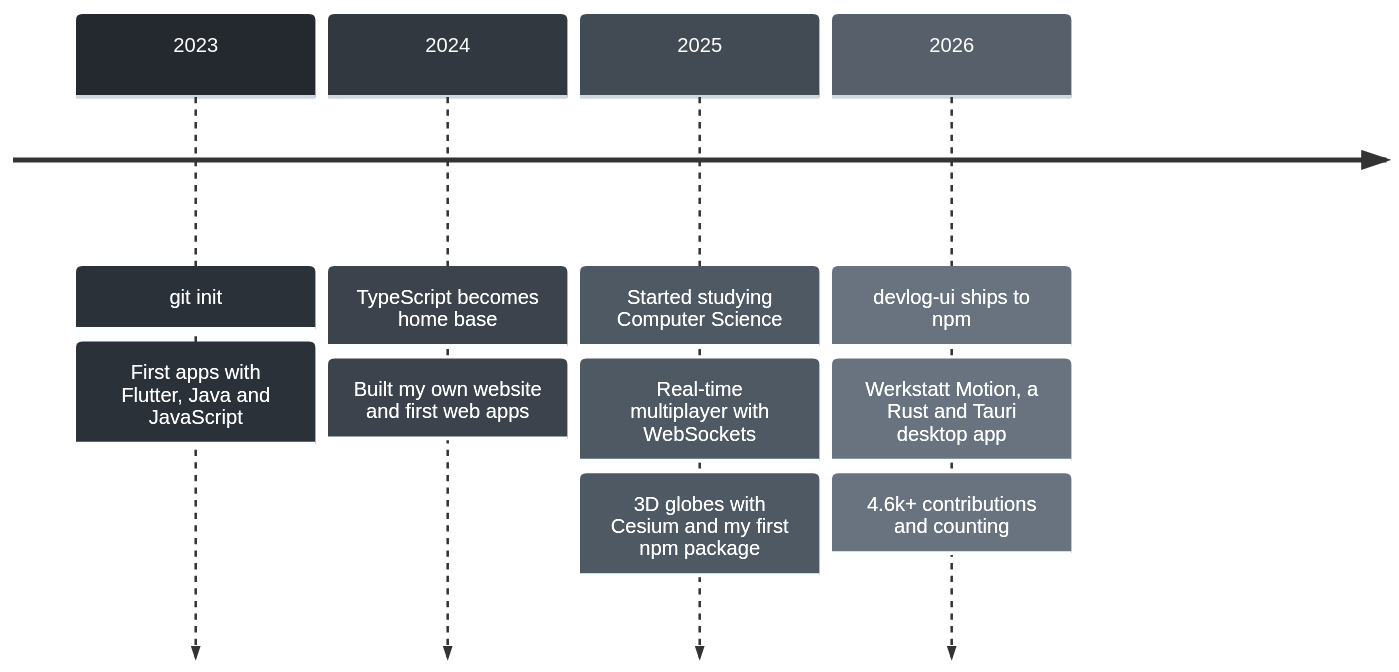
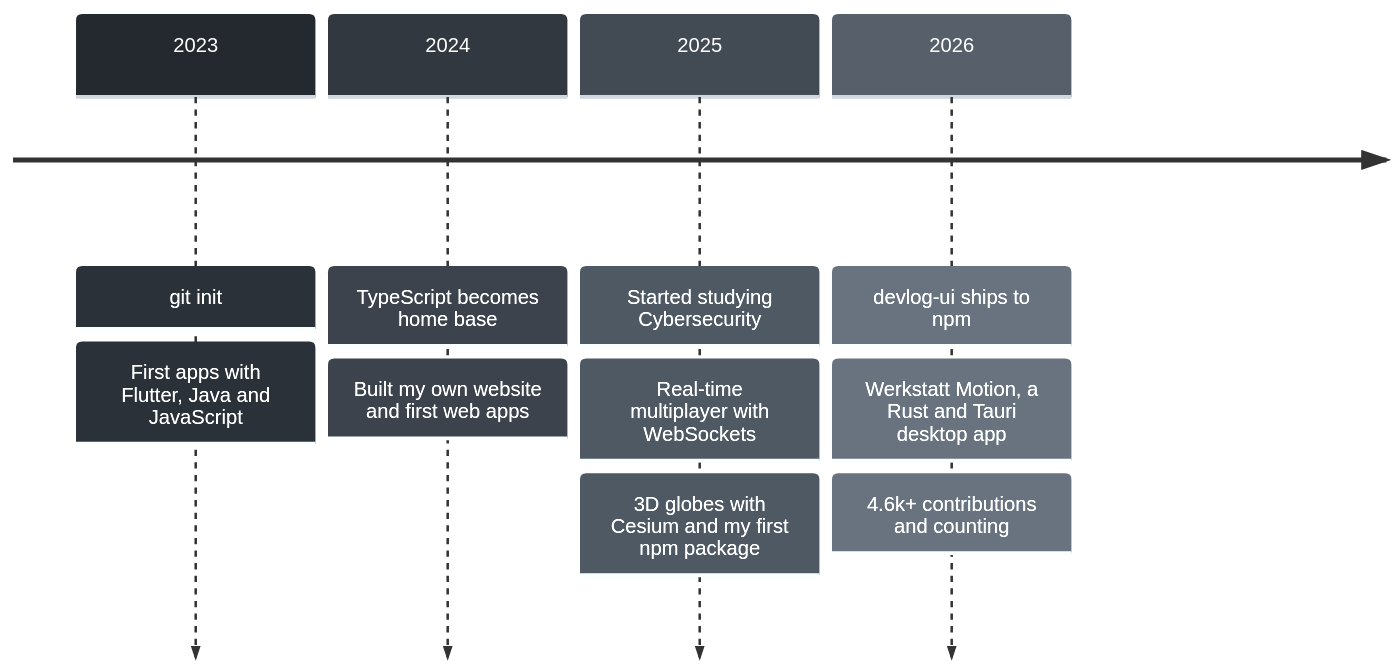
One commit to Oko-Tester/Oko-Tester changed the diagram in README.md. Above: the diagram before and after it, drawn with Mermaid.

Commit message:
Update study focus from Computer Science to Cybersecurity

````diff
--- a/README.md
+++ b/README.md
@@ -149,14 +149,14 @@
 ```mermaid
 %%{init: {'theme': 'base', 'themeVariables': {'fontFamily': 'ui-monospace, SFMono-Regular, Menlo, Consolas, monospace', 'cScale0': '#24292F', 'cScaleLabel0': '#FFFFFF', 'cScale1': '#32383F', 'cScaleLabel1': '#FFFFFF', 'cScale2': '#424A53', 'cScaleLabel2': '#FFFFFF', 'cScale3': '#57606A', 'cScaleLabel3': '#FFFFFF', 'cScaleInv0': '#D0D7DE', 'cScaleInv1': '#D0D7DE', 'cScaleInv2': '#D0D7DE', 'cScaleInv3': '#D0D7DE', 'lineColor': '#8B949E'}}}%%
 timeline
     2023 : git init
          : First apps with Flutter, Java and JavaScript
     2024 : TypeScript becomes home base
          : Built my own website and first web apps
-    2025 : Started studying Computer Science
+    2025 : Started studying Cybersecurity
          : Real-time multiplayer with WebSockets
          : 3D globes with Cesium and my first npm package
     2026 : devlog-ui ships to npm
          : Werkstatt Motion, a Rust and Tauri desktop app
          : 4.6k+ contributions and counting
 ```
````
